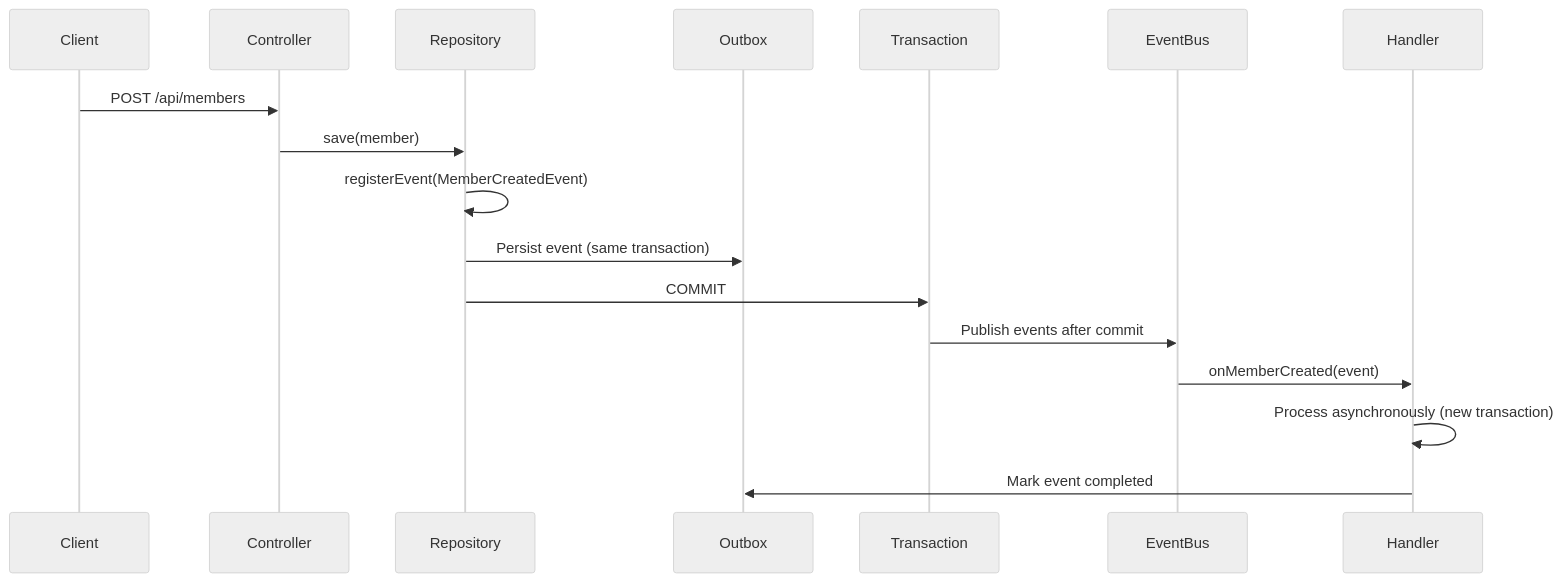
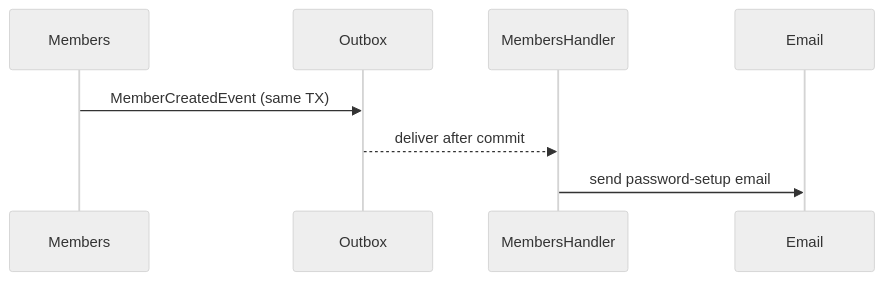
One commit to zabiny/klabis changed the diagram in backend/docs/EVENT-DRIVEN-ARCHITECTURE.md. Above: the diagram before and after it, drawn with Mermaid (neutral theme). The commit also changed other lines of this file and 89 other files, not shown here.

````diff
--- a/backend/docs/EVENT-DRIVEN-ARCHITECTURE.md
+++ b/backend/docs/EVENT-DRIVEN-ARCHITECTURE.md
@@ -79,20 +19,11 @@
 ```mermaid
 sequenceDiagram
-    participant Client
-    participant Controller
-    participant Repository
+    participant Members
     participant Outbox
-    participant Transaction
-    participant EventBus
-    participant Handler
+    participant MembersHandler
+    participant Email
 
-    Client->>Controller: POST /api/members
-    Controller->>Repository: save(member)
-    Repository->>Repository: registerEvent(MemberCreatedEvent)
-    Repository->>Outbox: Persist event (same transaction)
-    Repository->>Transaction: COMMIT
-    Transaction->>EventBus: Publish events after commit
-    EventBus->>Handler: onMemberCreated(event)
-    Handler->>Handler: Process asynchronously (new transaction)
-    Handler->>Outbox: Mark event completed
+    Members->>Outbox: MemberCreatedEvent (same TX)
+    Outbox-->>MembersHandler: deliver after commit
+    MembersHandler->>Email: send password-setup email
 ```
````
